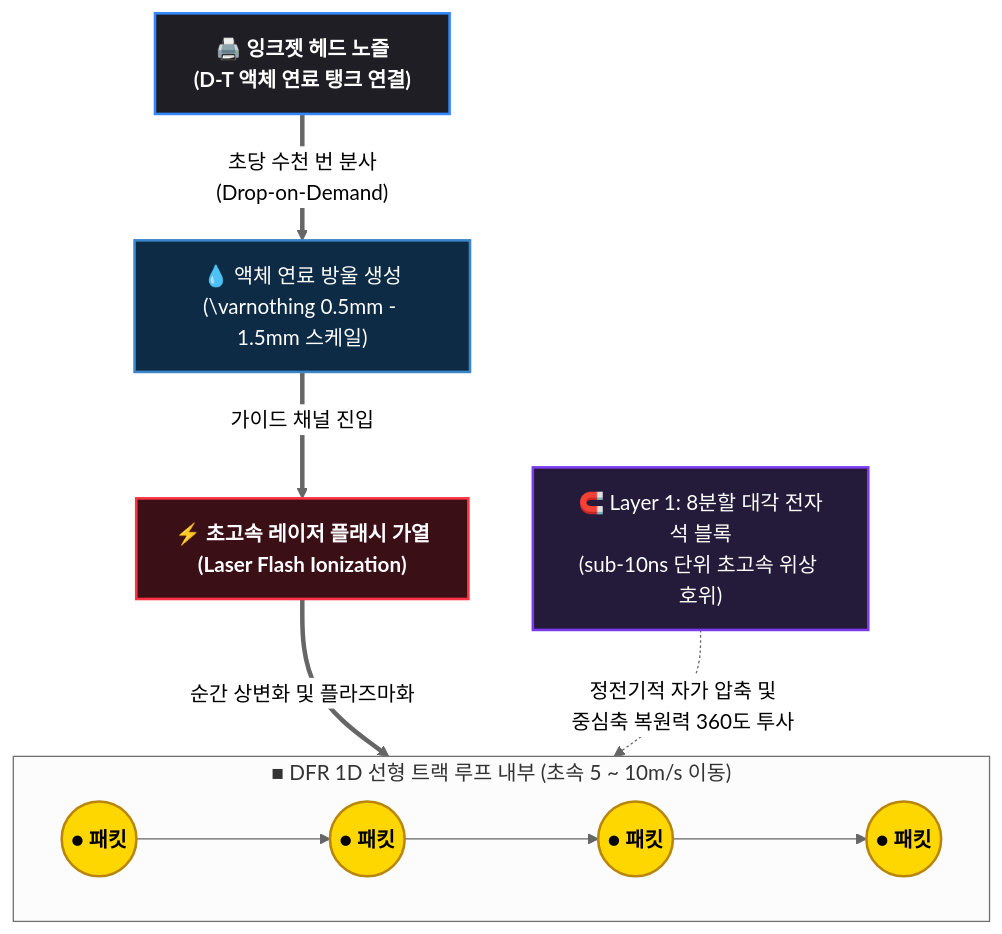
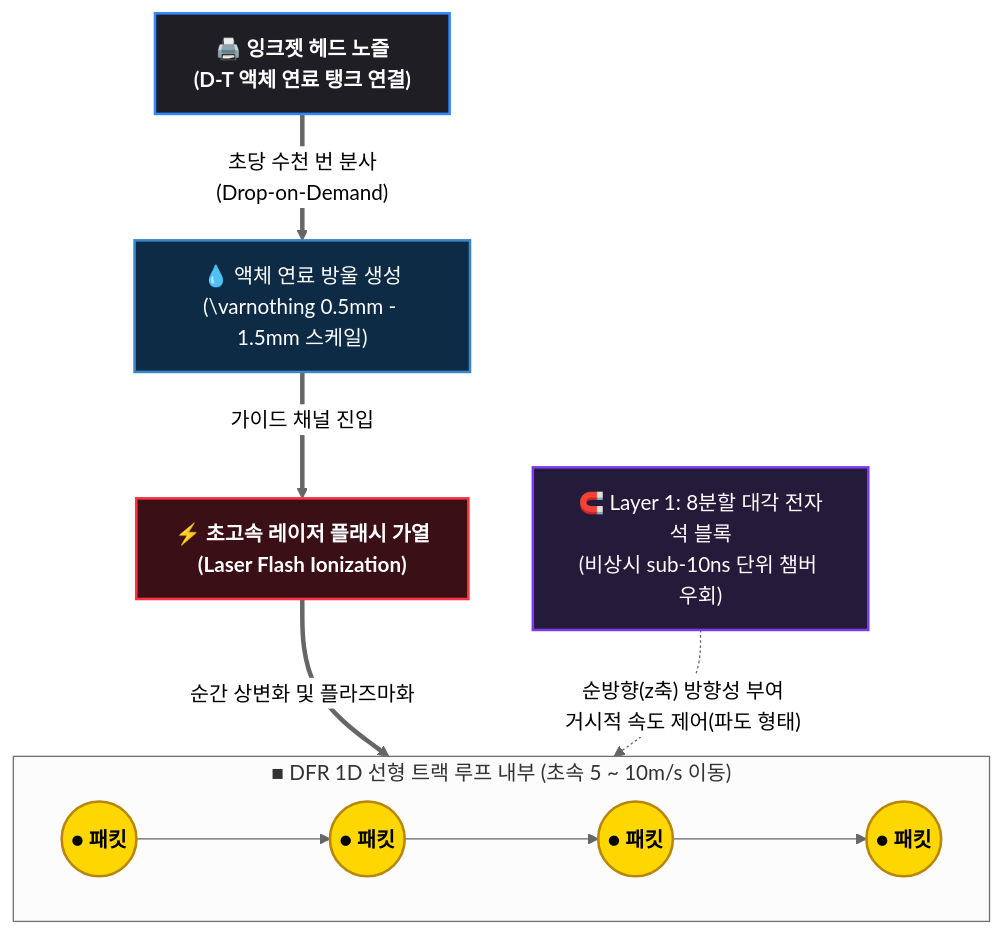
Before and after one commit to PJHkorea/discrete-filament-router-KR: the second of 2 diagrams in docs/Normal_Operation_Specs.md, drawn with Mermaid (neutral theme).

````diff
--- a/docs/Normal_Operation_Specs.md
+++ b/docs/Normal_Operation_Specs.md
@@ -114,34 +114,34 @@
 ```mermaid
 graph TD
     %% 스타일 클래스 정의
     classDef head fill:#1e1e24,stroke:#3388ff,stroke-width:2px,color:#fff,font-weight:bold;
     classDef droplet fill:#0d2b45,stroke:#3a86c8,stroke-width:2px,color:#fff;
     classDef laser fill:#3a0f16,stroke:#ff3344,stroke-width:2px,color:#fff,font-weight:bold;
     classDef packet fill:#FFD700,stroke:#B8860B,stroke-width:2px,color:#000,font-weight:bold;
     classDef magnet fill:#241A3A,stroke:#7C3AED,stroke-width:2px,color:#fff;
 
     %% 노드 전개
     HEAD["🖨️ 잉크젯 헤드 노즐<br>(D-T 액체 연료 탱크 연결)"]
     DROPLET["💧 액체 연료 방울 생성<br>(\varnothing 0.5mm - 1.5mm 스케일)"]
     LASER["⚡ 초고속 레이저 플래시 가열<br>(Laser Flash Ionization)"]
     
     subgraph TRACK ["■ DFR 1D 선형 트랙 루프 내부 (초속 5 ~ 10m/s 이동)"]
         direction LR
         P1(("● 패킷")) ---> P2(("● 패킷")) ---> P3(("● 패킷")) ---> P4(("● 패킷"))
     end
     
-    MAGNET["🧲 Layer 1: 8분할 대각 전자석 블록<br>(sub-10ns 단위 초고속 위상 호위)"]
+    MAGNET["🧲 Layer 1: 8분할 대각 전자석 블록<br>(비상시 sub-10ns 단위 챔버 우회)"]
 
     %% 흐름 연결
     HEAD ==> |"초당 수천 번 분사<br>(Drop-on-Demand)"| DROPLET
     DROPLET ==> |"가이드 채널 진입"| LASER
     LASER ==> |"순간 상변화 및 플라즈마화"| P1
-    MAGNET -.-> |"정전기적 자가 압축 및<br>중심축 복원력 360도 투사"| TRACK
+    MAGNET -.-> |"순방향(z축) 방향성 부여 <br> 거시적 속도 제어(파도 형태)"| TRACK
 
     %% 스타일 적용
     class HEAD head;
     class DROPLET droplet;
     class LASER laser;
     class P1,P2,P3,P4 packet;
     class MAGNET magnet;
 ```
````
